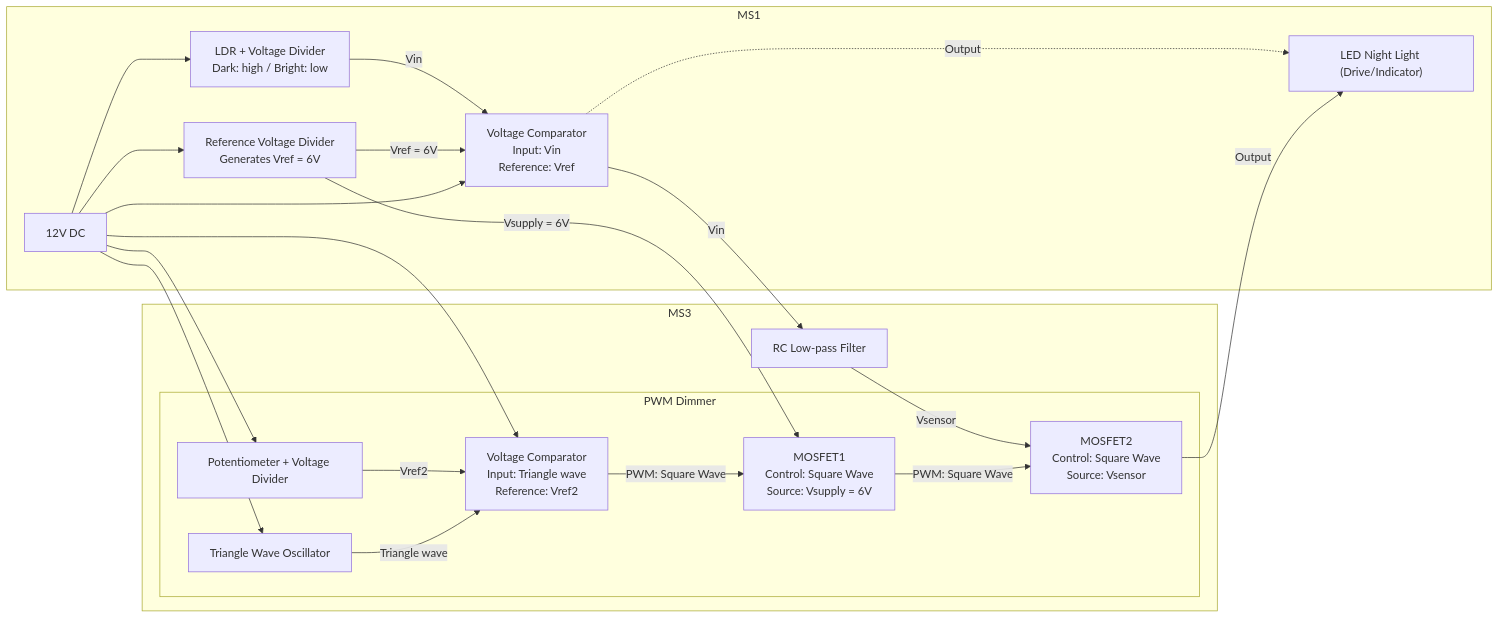
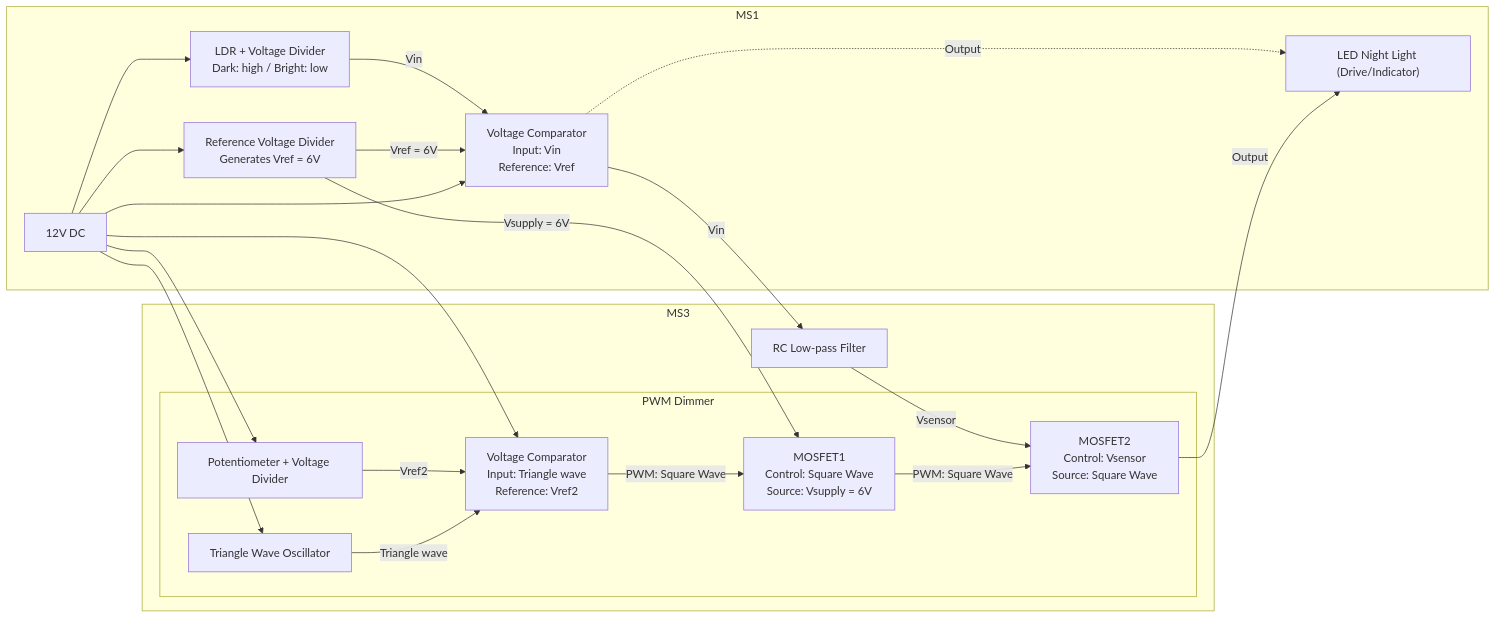
One commit to JamesFlare1212/ecse-2010-ms3 changed the diagram in slides.md. Above: the diagram before and after it, drawn with Mermaid.

Commit message:
fix block diagram

````diff
--- a/slides.md
+++ b/slides.md
@@ -82,28 +82,28 @@
 ```mermaid
 flowchart LR
   subgraph MS1["MS1"]
     VIN[12V DC] --> LDRDIV[LDR + Voltage Divider<br/>Dark: high / Bright: low]
     VIN --> REFDIV["Reference Voltage Divider<br/>Generates Vref = 6V"]
     LDRDIV -->|Vin| COMP[Voltage Comparator<br/>Input: Vin<br/>Reference: Vref]
     REFDIV -->|Vref = 6V| COMP
     COMP -.->|Output| LED["LED Night Light (Drive/Indicator)"]
   end
 
   subgraph MS3["MS3"]
     COMP -->|Vin| FILTER[RC Low-pass Filter] -->|Vsensor| MOS2
     subgraph PWM[PWM Dimmer]
       MOS1[MOSFET1<br/>Control: Square Wave<br/>Source: Vsupply = 6V]
-      MOS2[MOSFET2<br/>Control: Square Wave<br/>Source: Vsensor]
+      MOS2[MOSFET2<br/>Control: Vsensor<br/>Source: Square Wave]
       COMP2[Voltage Comparator<br/>Input: Triangle wave<br/>Reference: Vref2]
       VIN --> TRIG
       VIN --> COMP
       VIN --> COMP2
       VIN --> PWMDIV
       PWMDIV[Potentiometer + Voltage Divider] -->|Vref2| COMP2
       TRIG[Triangle Wave Oscillator] -->|Triangle wave| COMP2
       COMP2 -->|PWM: Square Wave| MOS1 -->|PWM: Square Wave| MOS2
     end
     REFDIV -->|Vsupply = 6V| MOS1
     MOS2 -->|Output| LED
   end
 ```
````
